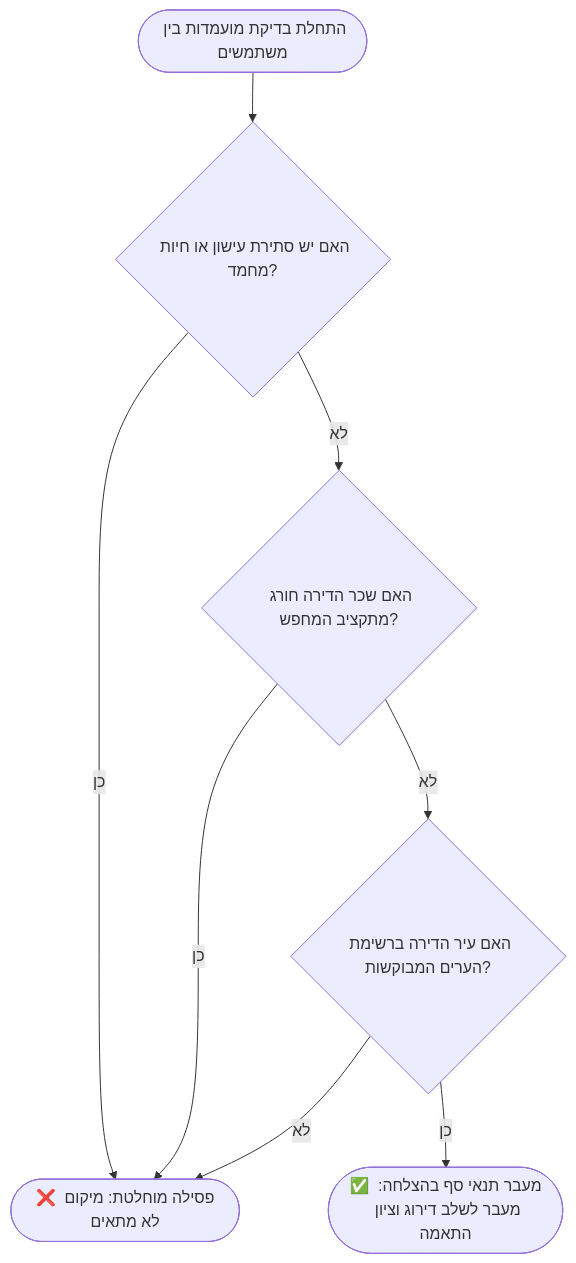
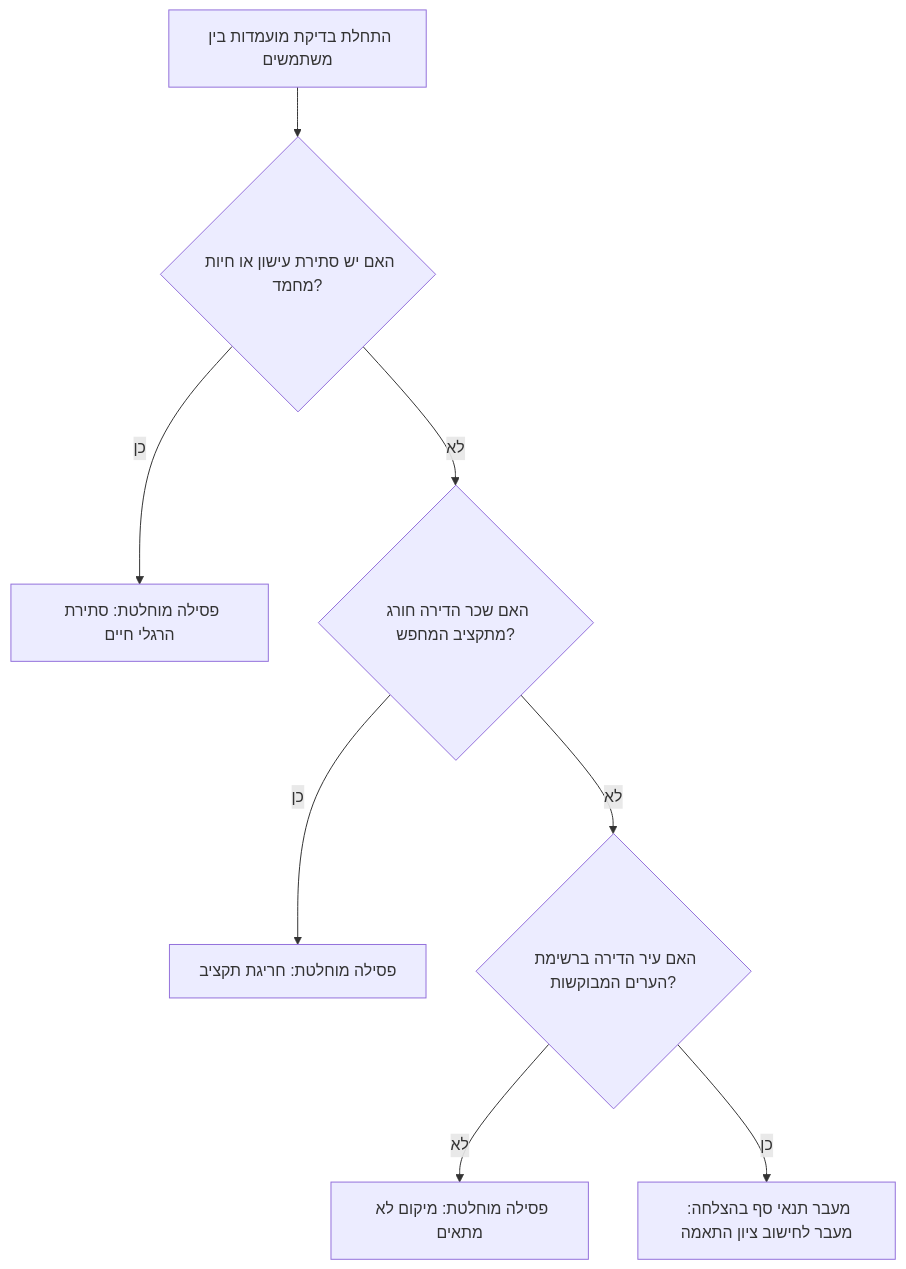
Before and after one commit to BeRussian/FlatMatch-Final_PROJECT: the second of 2 diagrams in MODELS_SUMMARY.md, drawn with Mermaid. The commit also changed other lines of this file, not shown here.

Commit message:
fix(docs): fix Mermaid diagram syntax in MODELS_SUMMARY.md for GitHub renderer

````diff
--- a/MODELS_SUMMARY.md
+++ b/MODELS_SUMMARY.md
@@ -78,10 +77,10 @@
 ```mermaid
 flowchart TD
-    Start([התחלת בדיקת מועמדות בין משתמשים]) --> Step1{האם יש סתירת עישון או חיות מחמד?}
-    Step1 -- כן --> Dealbreaker([❌ פסילה מוחלטת: סתירת הרגלי חיים])
-    Step1 -- לא --> Step2{האם שכר הדירה חורג מתקציב המחפש?}
-    Step2 -- כן --> Dealbreaker([❌ פסילה מוחלטת: חריגת תקציב])
-    Step2 -- לא --> Step3{האם עיר הדירה ברשימת הערים המבוקשות?}
-    Step3 -- לא --> Dealbreaker([❌ פסילה מוחלטת: מיקום לא מתאים])
-    Step3 -- כן --> Match([✅ מעבר תנאי סף בהצלחה: מעבר לשלב דירוג וציון התאמה])
+    Start["התחלת בדיקת מועמדות בין משתמשים"] --> Step1{"האם יש סתירת עישון או חיות מחמד?"}
+    Step1 -- "כן" --> Reject1["פסילה מוחלטת: סתירת הרגלי חיים"]
+    Step1 -- "לא" --> Step2{"האם שכר הדירה חורג מתקציב המחפש?"}
+    Step2 -- "כן" --> Reject2["פסילה מוחלטת: חריגת תקציב"]
+    Step2 -- "לא" --> Step3{"האם עיר הדירה ברשימת הערים המבוקשות?"}
+    Step3 -- "לא" --> Reject3["פסילה מוחלטת: מיקום לא מתאים"]
+    Step3 -- "כן" --> Match["מעבר תנאי סף בהצלחה: מעבר לחישוב ציון התאמה"]
 ```
````
